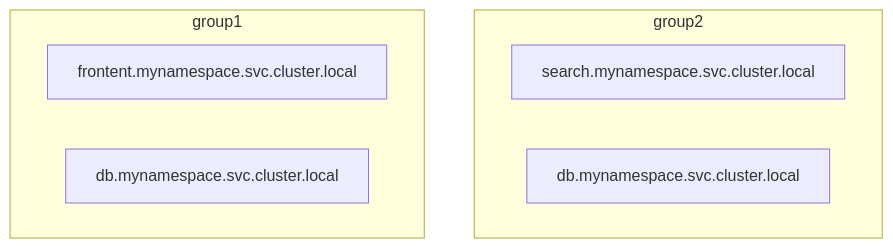
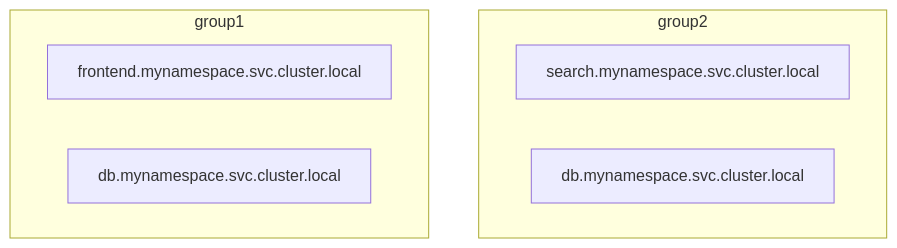
Before and after one commit to dataongunlaws/aperture: the first of 3 diagrams in docs/content/concepts/service.md, drawn with Mermaid. The commit also changed other lines of this file and 20 other files, not shown here.

````diff
--- a/docs/content/concepts/service.md
+++ b/docs/content/concepts/service.md
@@ -32,11 +32,11 @@
 ```mermaid
 graph TB
     subgraph group2
         s3[search.mynamespace.svc.cluster.local]
         s4[db.mynamespace.svc.cluster.local]
     end
     subgraph group1
-        s1[frontent.mynamespace.svc.cluster.local]
+        s1[frontend.mynamespace.svc.cluster.local]
         s2[db.mynamespace.svc.cluster.local]
     end
 ```
````
